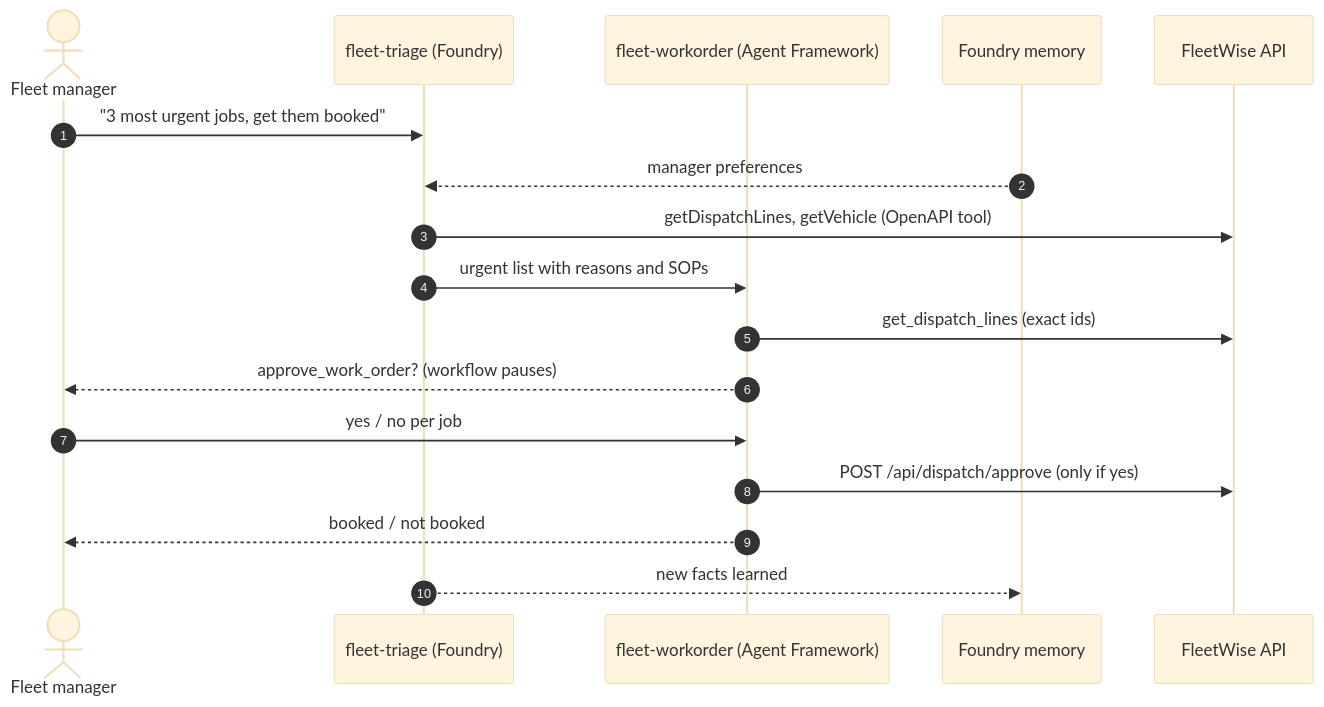
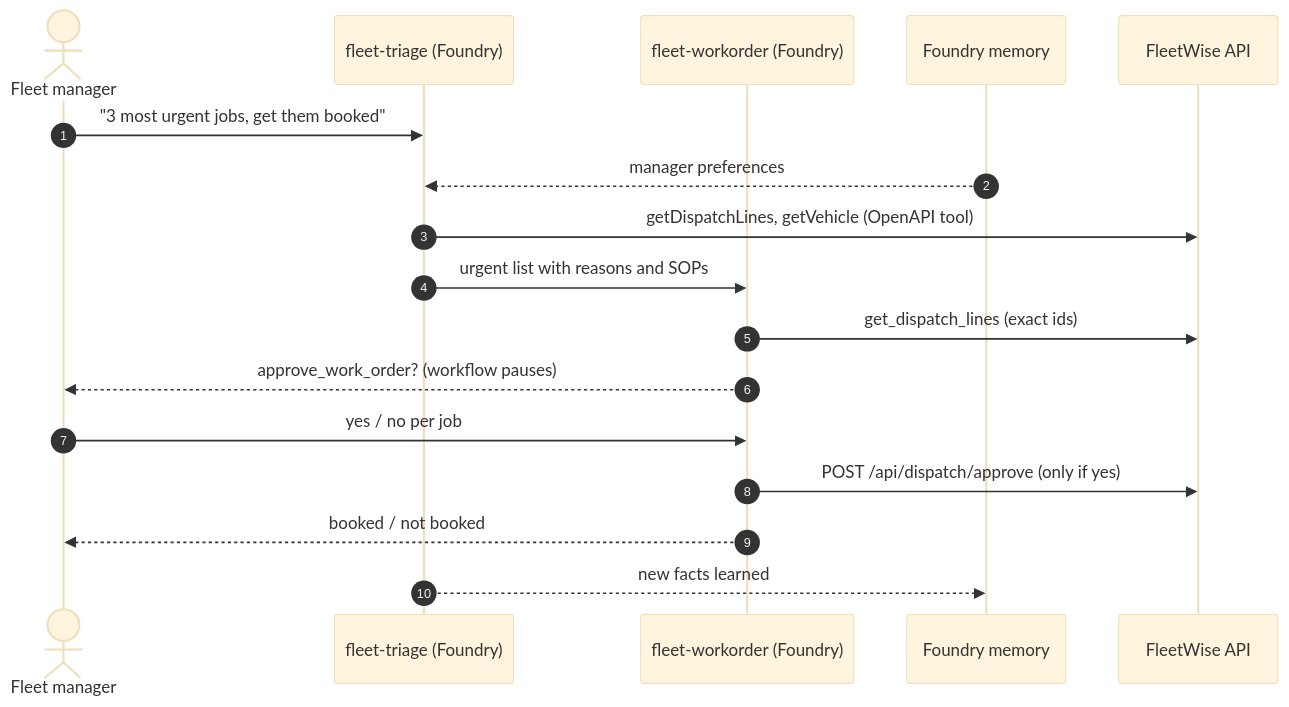
Before and after one commit to hkaanturgut/foundry-fleetwise-agents: the second of 4 diagrams in README.md, drawn with Mermaid (base theme). The commit also changed other lines of this file and 9 other files, not shown here.

````diff
--- a/README.md
+++ b/README.md
@@ -67,19 +70,19 @@
 ```mermaid
 sequenceDiagram
     autonumber
     actor Mgr as Fleet manager
     participant Tri as fleet-triage (Foundry)
-    participant WO as fleet-workorder (Agent Framework)
+    participant WO as fleet-workorder (Foundry)
     participant Mem as Foundry memory
     participant API as FleetWise API
     Mgr->>Tri: "3 most urgent jobs, get them booked"
     Mem-->>Tri: manager preferences
     Tri->>API: getDispatchLines, getVehicle (OpenAPI tool)
     Tri->>WO: urgent list with reasons and SOPs
     WO->>API: get_dispatch_lines (exact ids)
     WO-->>Mgr: approve_work_order? (workflow pauses)
     Mgr->>WO: yes / no per job
     WO->>API: POST /api/dispatch/approve (only if yes)
     WO-->>Mgr: booked / not booked
     Tri-->>Mem: new facts learned
 ```
````
